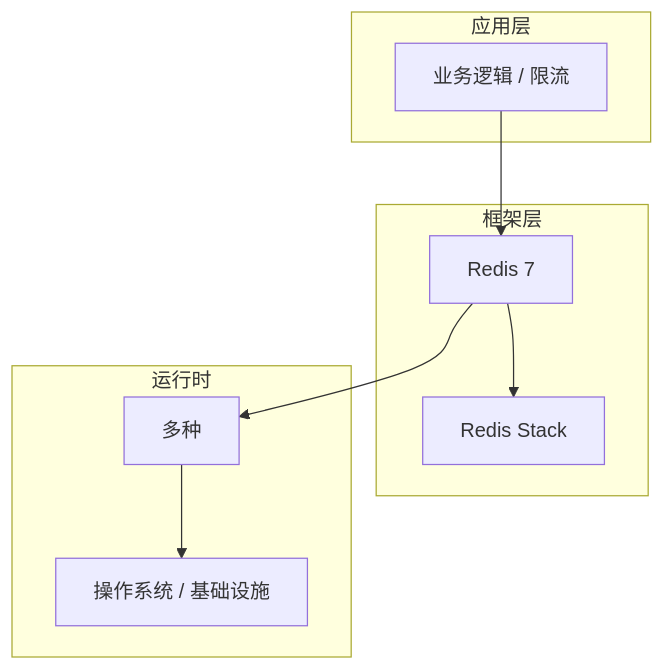
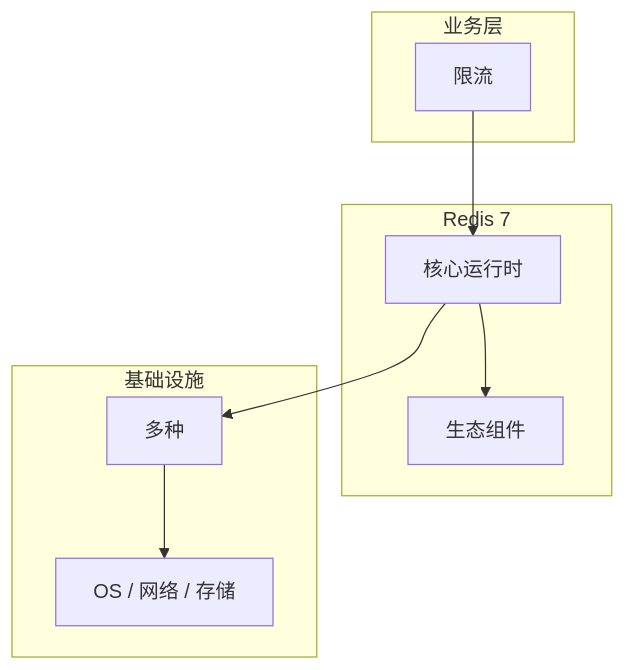
Before and after one commit to yanggan2015/knowledge-json-v2: the diagram in articles/Redis/chapters/103-限流核心概念与原理.md, drawn with Mermaid. The commit also changed other lines of this file and 10127 other files, not shown here.

````diff
--- a/articles/Redis/chapters/103-限流核心概念与原理.md
+++ b/articles/Redis/chapters/103-限流核心概念与原理.md
@@ -45,18 +34,18 @@
 ```mermaid
 graph TB
-    subgraph 应用层
-        A[业务逻辑 / 限流]
+    subgraph 业务层
+        A[限流]
     end
-    subgraph 框架层
-        B[Redis 7]
-        C[Redis Stack]
+    subgraph Redis 7
+        B[核心运行时]
+        C[生态组件]
     end
-    subgraph 运行时
+    subgraph 基础设施
         D[多种]
-        E[操作系统 / 基础设施]
+        E[OS / 网络 / 存储]
     end
     A --> B
     B --> C
     B --> D
     D --> E
 ```
````
